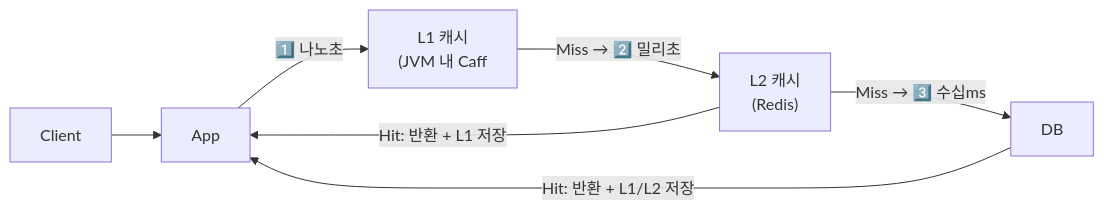
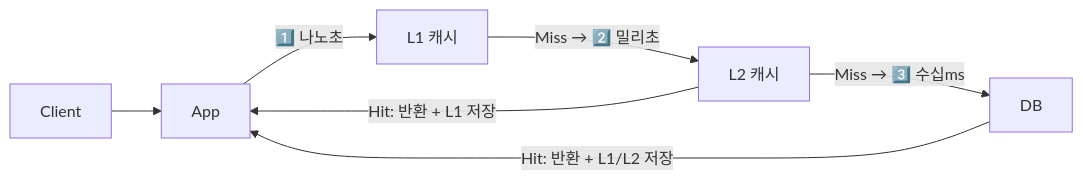
One commit to yjkim2015/yjkim2015.github.io changed the sixth of 6 diagrams in _posts/caching/2026-05-01-caching-strategy.md. Above: the diagram before and after it, drawn with Mermaid. The commit also changed other lines of this file and 217 other files, not shown here.

First line of the commit message:
Mermaid 크기 수정: useMaxWidth:true + SVG max-width:100% + 라벨 축소

````diff
--- a/_posts/caching/2026-05-01-caching-strategy.md
+++ b/_posts/caching/2026-05-01-caching-strategy.md
@@ -374,9 +374,9 @@
 ```mermaid
 graph LR
     Client --> App
-    App -->|"1️⃣ 나노초"| L1["L1 캐시\n(JVM 내 Caff"]
-    L1 -->|"Miss → 2️⃣ 밀리초"| L2["L2 캐시\n(Redis)"]
+    App -->|"1️⃣ 나노초"| L1["L1 캐시"]
+    L1 -->|"Miss → 2️⃣ 밀리초"| L2["L2 캐시"]
     L2 -->|"Miss → 3️⃣ 수십ms"| DB["DB"]
     L2 -->|"Hit: 반환 + L1 저장"| App
     DB -->|"Hit: 반환 + L1/L2 저장"| App
 ```
````
